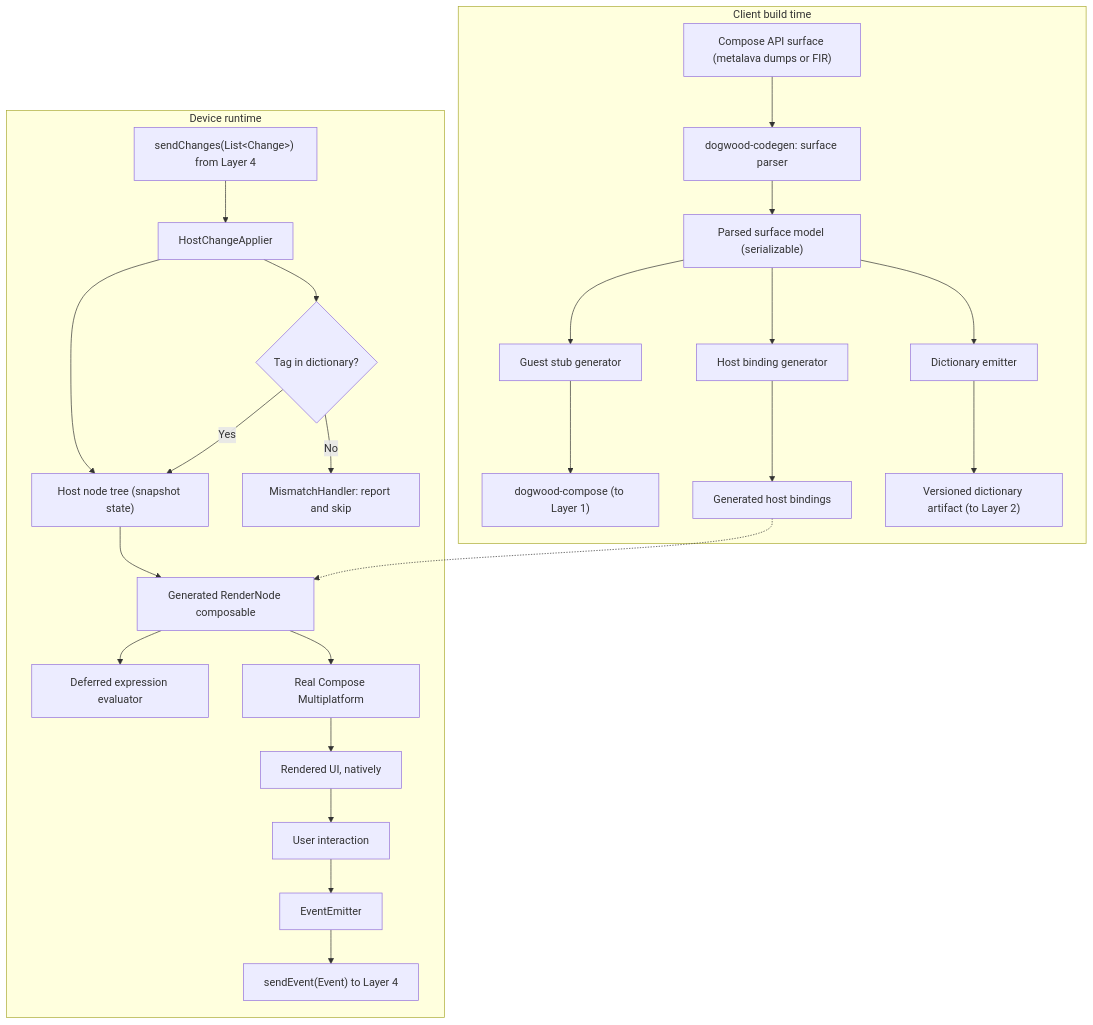
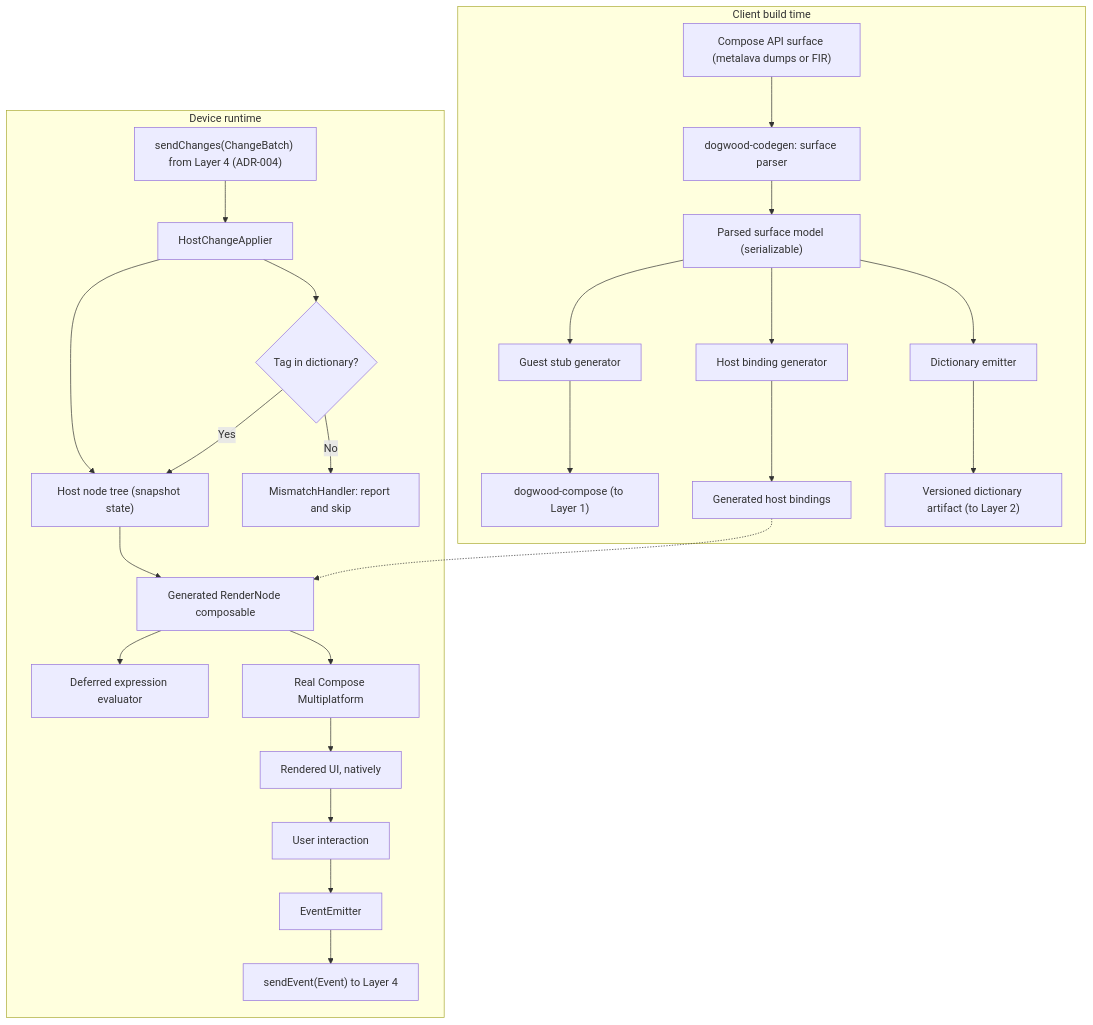
Before and after one commit to teegarcs/dogwood: the diagram in specs/layer-5-host.md, drawn with Mermaid. The commit also changed other lines of this file and 18 other files, not shown here.

````diff
--- a/specs/layer-5-host.md
+++ b/specs/layer-5-host.md
@@ -32,31 +32,31 @@
 ```mermaid
 flowchart TD
     subgraph BuildTime ["Client build time"]
         Surface["Compose API surface (metalava dumps or FIR)"] --> Parser["dogwood-codegen: surface parser"]
         Parser --> Model["Parsed surface model (serializable)"]
         Model --> GenGuest["Guest stub generator"]
         Model --> GenHost["Host binding generator"]
         Model --> GenDict["Dictionary emitter"]
         GenGuest --> Stubs["dogwood-compose (to Layer 1)"]
         GenHost --> Bindings["Generated host bindings"]
         GenDict --> Dict["Versioned dictionary artifact (to Layer 2)"]
     end
 
     subgraph Runtime ["Device runtime"]
-        In["sendChanges(List&lt;Change&gt;) from Layer 4"] --> Applier["HostChangeApplier"]
+        In["sendChanges(ChangeBatch) from Layer 4 (ADR-004)"] --> Applier["HostChangeApplier"]
         Applier --> Mirror["Host node tree (snapshot state)"]
         Applier --> Unknown{"Tag in dictionary?"}
         Unknown -- "No" --> Mismatch["MismatchHandler: report and skip"]
         Unknown -- "Yes" --> Mirror
 
         Mirror --> Render["Generated RenderNode composable"]
         Bindings -.-> Render
         Render --> Handles["Deferred expression evaluator"]
         Render --> CMP["Real Compose Multiplatform"]
         CMP --> Screen["Rendered UI, natively"]
 
         Screen --> Touch["User interaction"]
         Touch --> Events["EventEmitter"]
         Events --> Out["sendEvent(Event) to Layer 4"]
     end
 ```
````
